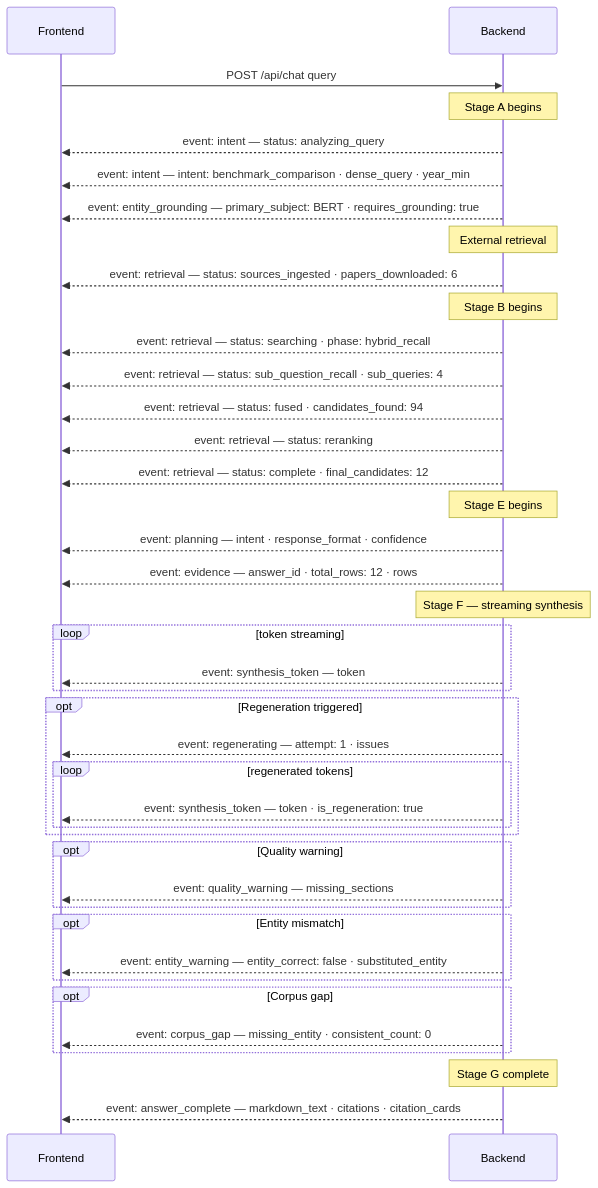
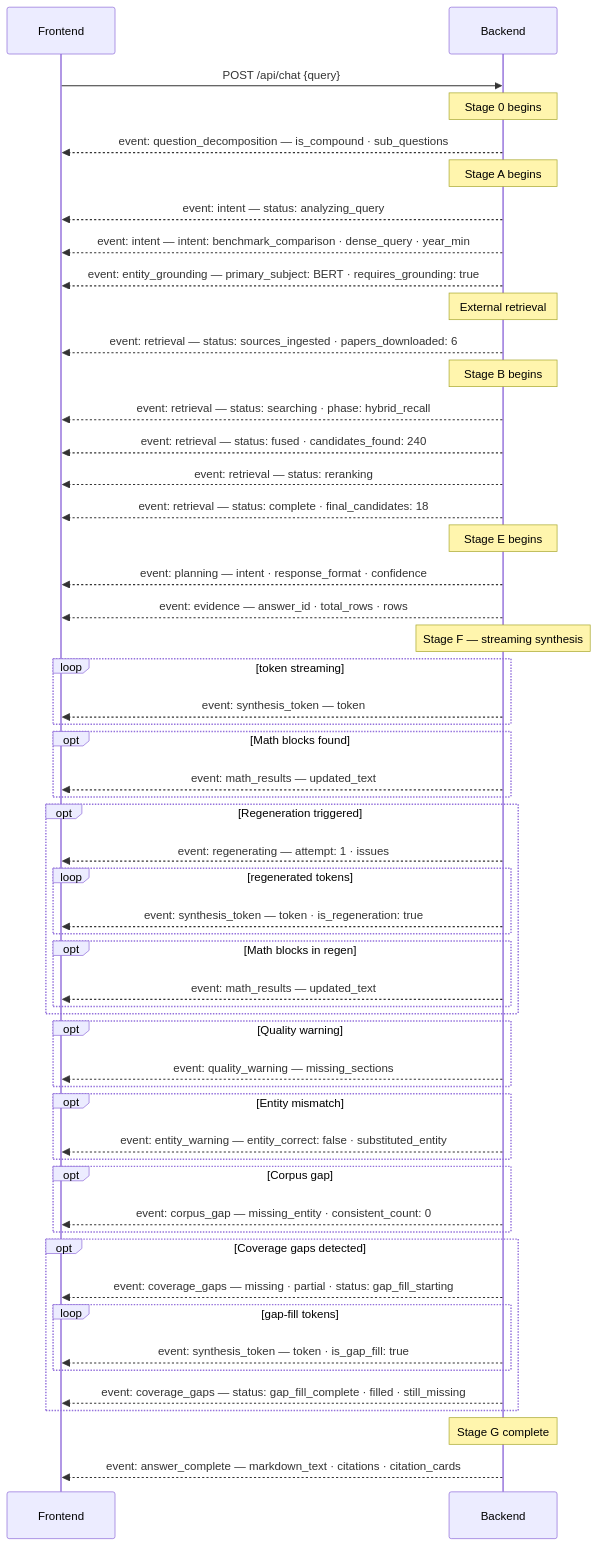
One commit to Aashu-11/NexusScholar changed diagram 12 of 12 in Readme.md. Above: the diagram before and after it, drawn with Mermaid. The commit also changed other lines of this file, not shown here.

````diff
--- a/Readme.md
+++ b/Readme.md
@@ -725,43 +716,57 @@
 ```mermaid
 sequenceDiagram
     participant FE as Frontend
     participant BE as Backend
 
-    FE->>BE: POST /api/chat query
+    FE->>BE: POST /api/chat {query}
+    Note over BE: Stage 0 begins
+    BE-->>FE: event: question_decomposition — is_compound · sub_questions
     Note over BE: Stage A begins
     BE-->>FE: event: intent — status: analyzing_query
     BE-->>FE: event: intent — intent: benchmark_comparison · dense_query · year_min
     BE-->>FE: event: entity_grounding — primary_subject: BERT · requires_grounding: true
     Note over BE: External retrieval
     BE-->>FE: event: retrieval — status: sources_ingested · papers_downloaded: 6
     Note over BE: Stage B begins
     BE-->>FE: event: retrieval — status: searching · phase: hybrid_recall
-    BE-->>FE: event: retrieval — status: sub_question_recall · sub_queries: 4
-    BE-->>FE: event: retrieval — status: fused · candidates_found: 94
+    BE-->>FE: event: retrieval — status: fused · candidates_found: 240
     BE-->>FE: event: retrieval — status: reranking
-    BE-->>FE: event: retrieval — status: complete · final_candidates: 12
+    BE-->>FE: event: retrieval — status: complete · final_candidates: 18
     Note over BE: Stage E begins
     BE-->>FE: event: planning — intent · response_format · confidence
-    BE-->>FE: event: evidence — answer_id · total_rows: 12 · rows
+    BE-->>FE: event: evidence — answer_id · total_rows · rows
     Note over BE: Stage F — streaming synthesis
     loop token streaming
         BE-->>FE: event: synthesis_token — token
+    end
+    opt Math blocks found
+        BE-->>FE: event: math_results — updated_text
     end
     opt Regeneration triggered
         BE-->>FE: event: regenerating — attempt: 1 · issues
         loop regenerated tokens
             BE-->>FE: event: synthesis_token — token · is_regeneration: true
+        end
+        opt Math blocks in regen
+            BE-->>FE: event: math_results — updated_text
         end
     end
     opt Quality warning
         BE-->>FE: event: quality_warning — missing_sections
     end
     opt Entity mismatch
         BE-->>FE: event: entity_warning — entity_correct: false · substituted_entity
     end
     opt Corpus gap
         BE-->>FE: event: corpus_gap — missing_entity · consistent_count: 0
     end
+    opt Coverage gaps detected
+        BE-->>FE: event: coverage_gaps — missing · partial · status: gap_fill_starting
+        loop gap-fill tokens
+            BE-->>FE: event: synthesis_token — token · is_gap_fill: true
+        end
+        BE-->>FE: event: coverage_gaps — status: gap_fill_complete · filled · still_missing
+    end
     Note over BE: Stage G complete
     BE-->>FE: event: answer_complete — markdown_text · citations · citation_cards
 ```
````
